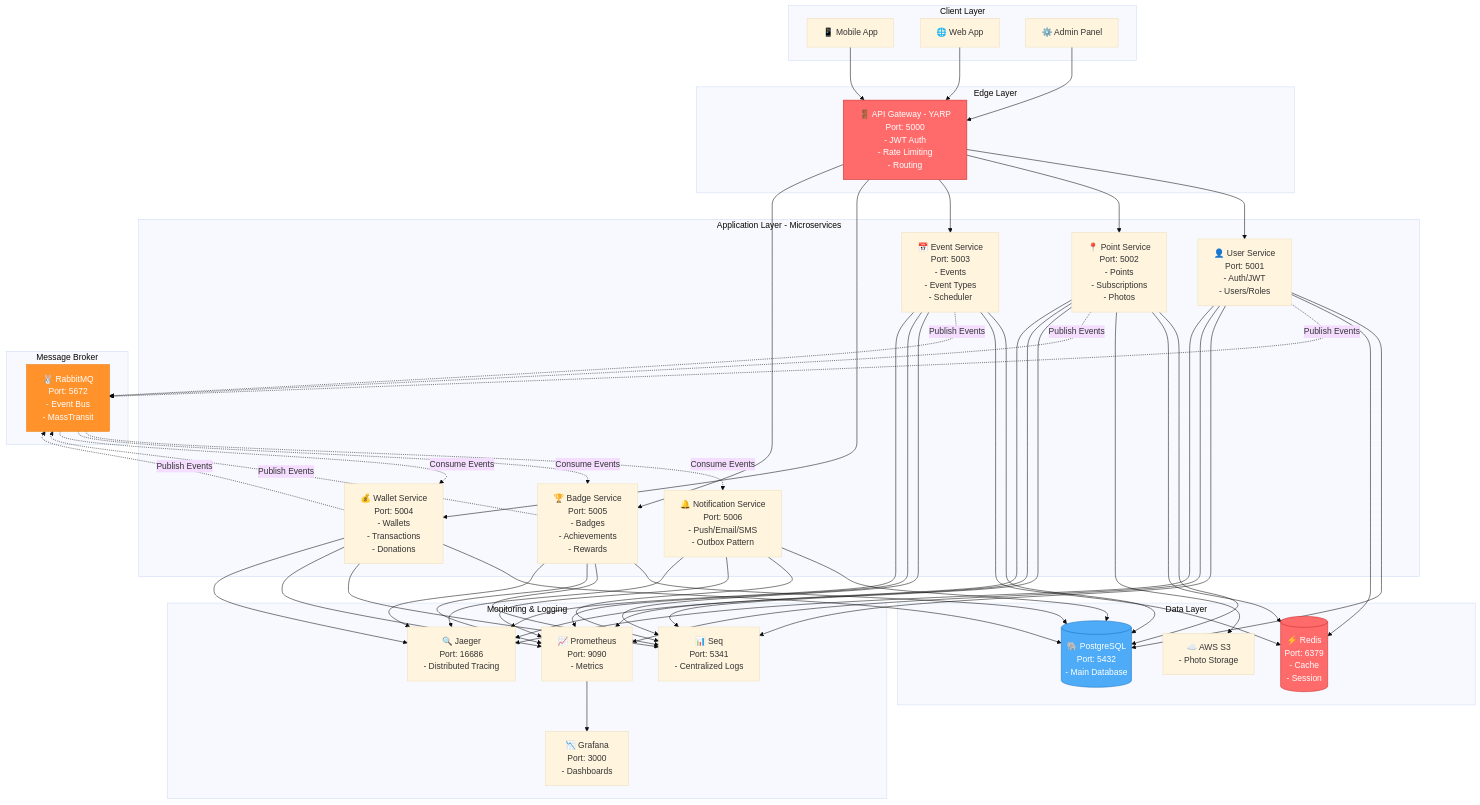
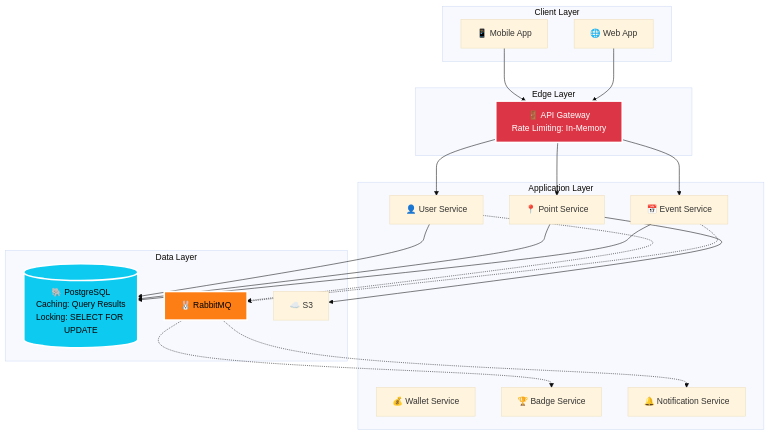
One commit to demirdanis/patimahallem changed the first of 9 diagrams in docs/architecture_diagram.md. Above: the diagram before and after it, drawn with Mermaid (base theme).

Commit message:
chore: remove redis

````diff
--- a/docs/architecture_diagram.md
+++ b/docs/architecture_diagram.md
@@ -5,99 +5,47 @@
 ```mermaid
 graph TB
-    subgraph "Client Layer"
+    subgraph Client["Client Layer"]
         Mobile[📱 Mobile App]
         Web[🌐 Web App]
-        Admin[⚙️ Admin Panel]
     end
     
-    subgraph "Edge Layer"
-        Gateway[🚪 API Gateway - YARP<br/>Port:  5000<br/>- JWT Auth<br/>- Rate Limiting<br/>- Routing]
+    subgraph Edge["Edge Layer"]
+        Gateway[🚪 API Gateway<br/>Rate Limiting:  In-Memory]
     end
     
-    subgraph "Application Layer - Microservices"
-        UserService[👤 User Service<br/>Port: 5001<br/>- Auth/JWT<br/>- Users/Roles]
-        PointService[📍 Point Service<br/>Port: 5002<br/>- Points<br/>- Subscriptions<br/>- Photos]
-        EventService[📅 Event Service<br/>Port:  5003<br/>- Events<br/>- Event Types<br/>- Scheduler]
-        WalletService[💰 Wallet Service<br/>Port: 5004<br/>- Wallets<br/>- Transactions<br/>- Donations]
-        BadgeService[🏆 Badge Service<br/>Port: 5005<br/>- Badges<br/>- Achievements<br/>- Rewards]
-        NotificationService[🔔 Notification Service<br/>Port: 5006<br/>- Push/Email/SMS<br/>- Outbox Pattern]
+    subgraph App["Application Layer"]
+        UserService[👤 User Service]
+        PointService[📍 Point Service]
+        EventService[📅 Event Service]
+        WalletService[💰 Wallet Service]
+        BadgeService[🏆 Badge Service]
+        NotificationService[🔔 Notification Service]
     end
     
-    subgraph "Message Broker"
-        RabbitMQ[🐰 RabbitMQ<br/>Port: 5672<br/>- Event Bus<br/>- MassTransit]
-    end
-    
-    subgraph "Data Layer"
-        PostgreSQL[(🐘 PostgreSQL<br/>Port: 5432<br/>- Main Database)]
-        Redis[(⚡ Redis<br/>Port: 6379<br/>- Cache<br/>- Session)]
-        S3[☁️ AWS S3<br/>- Photo Storage]
-    end
-    
-    subgraph "Monitoring & Logging"
-        Seq[📊 Seq<br/>Port: 5341<br/>- Centralized Logs]
-        Prometheus[📈 Prometheus<br/>Port: 9090<br/>- Metrics]
-        Grafana[📉 Grafana<br/>Port: 3000<br/>- Dashboards]
-        Jaeger[🔍 Jaeger<br/>Port: 16686<br/>- Distributed Tracing]
+    subgraph Data["Data Layer"]
+        PostgreSQL[(🐘 PostgreSQL<br/>Caching: Query Results<br/>Locking: SELECT FOR UPDATE)]
+        RabbitMQ[🐰 RabbitMQ]
+        S3[☁️ S3]
     end
     
     Mobile --> Gateway
     Web --> Gateway
-    Admin --> Gateway
-    
     Gateway --> UserService
     Gateway --> PointService
     Gateway --> EventService
-    Gateway --> WalletService
-    Gateway --> BadgeService
     
     UserService --> PostgreSQL
     PointService --> PostgreSQL
     EventService --> PostgreSQL
-    WalletService --> PostgreSQL
-    BadgeService --> PostgreSQL
-    NotificationService --> PostgreSQL
-    
-    UserService --> Redis
-    PointService --> Redis
-    EventService --> Redis
     
     PointService --> S3
     
-    UserService -.->|Publish Events| RabbitMQ
-    PointService -.->|Publish Events| RabbitMQ
-    EventService -.->|Publish Events| RabbitMQ
-    WalletService -.->|Publish Events| RabbitMQ
-    BadgeService -.->|Publish Events| RabbitMQ
+    UserService -.-> RabbitMQ
+    EventService -.-> RabbitMQ
+    RabbitMQ -.-> NotificationService
+    RabbitMQ -.-> BadgeService
     
-    RabbitMQ -.->|Consume Events| NotificationService
-    RabbitMQ -.->|Consume Events| BadgeService
-    RabbitMQ -.->|Consume Events| WalletService
-    
-    UserService --> Seq
-    PointService --> Seq
-    EventService --> Seq
-    WalletService --> Seq
-    BadgeService --> Seq
-    NotificationService --> Seq
-    
-    UserService --> Prometheus
-    PointService --> Prometheus
-    EventService --> Prometheus
-    WalletService --> Prometheus
-    BadgeService --> Prometheus
-    NotificationService --> Prometheus
-    
-    Prometheus --> Grafana
-    
-    UserService --> Jaeger
-    PointService --> Jaeger
-    EventService --> Jaeger
-    WalletService --> Jaeger
-    BadgeService --> Jaeger
-    NotificationService --> Jaeger
-    
-    style Gateway fill:#ff6b6b,stroke:#c92a2a,color:#fff
-    style RabbitMQ fill:#ff922b,stroke:#e67700,color:#fff
-    style PostgreSQL fill:#4dabf7,stroke:#1971c2,color:#fff
-    style Redis fill:#ff6b6b,stroke:#c92a2a,color:#fff
+    style Gateway fill:#dc3545,stroke:#fff,stroke-width:3px,color:#fff
+    style PostgreSQL fill:#0dcaf0,stroke:#fff,stroke-width:3px,color:#000
+    style RabbitMQ fill:#fd7e14,stroke:#fff,stroke-width:3px,color:#000
 ```
````
